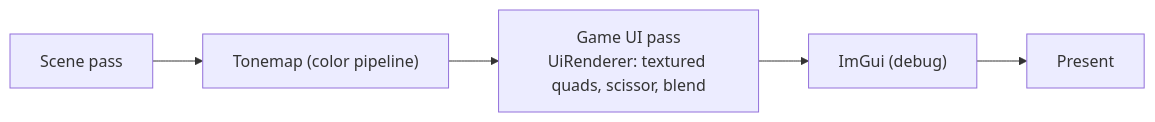
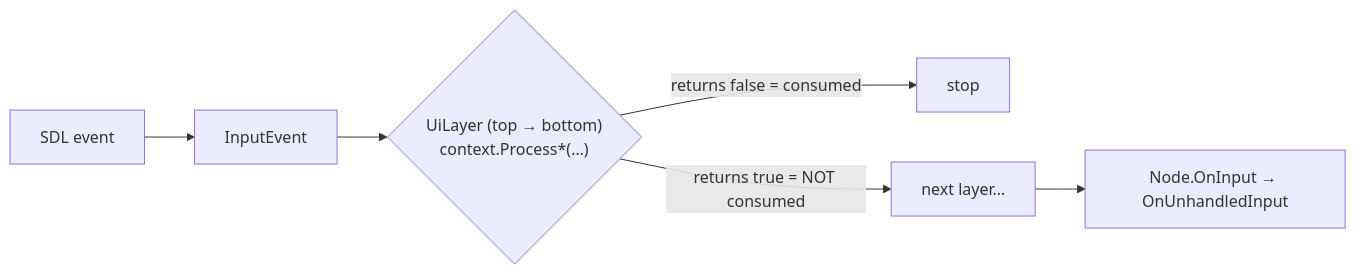
The second of 2 diagrams in docs/design/future/game-ui.md (Mainframe-Games/mainframe-engine), drawn with Mermaid before and after one commit. The commit also changed other lines of this file and 17 other files, not shown here.

````diff
--- a/docs/design/future/game-ui.md
+++ b/docs/design/future/game-ui.md
@@ -29,4 +170,8 @@
 ```mermaid
 flowchart LR
-    S["Scene pass"] --> T["Tonemap (color pipeline)"] --> U["Game UI pass<br/>UiRenderer: textured quads, scissor, blend"] --> I["ImGui (debug)"] --> P["Present"]
+    SDL["SDL event"] --> IE["InputEvent"]
+    IE --> L1{"UiLayer (top → bottom)<br/>context.Process*(…)"}
+    L1 -- "returns false = consumed" --> Stop["stop"]
+    L1 -- "returns true = NOT consumed" --> L2["next layer…"]
+    L2 --> G["Node.OnInput → OnUnhandledInput"]
 ```
````
